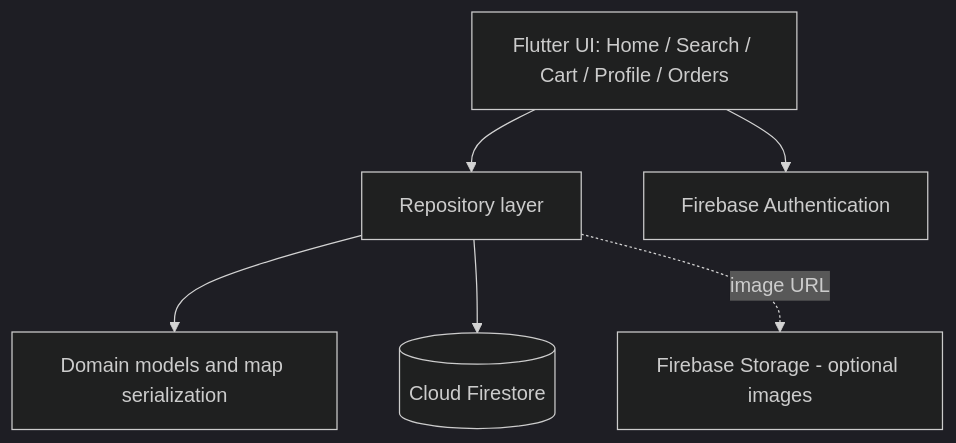
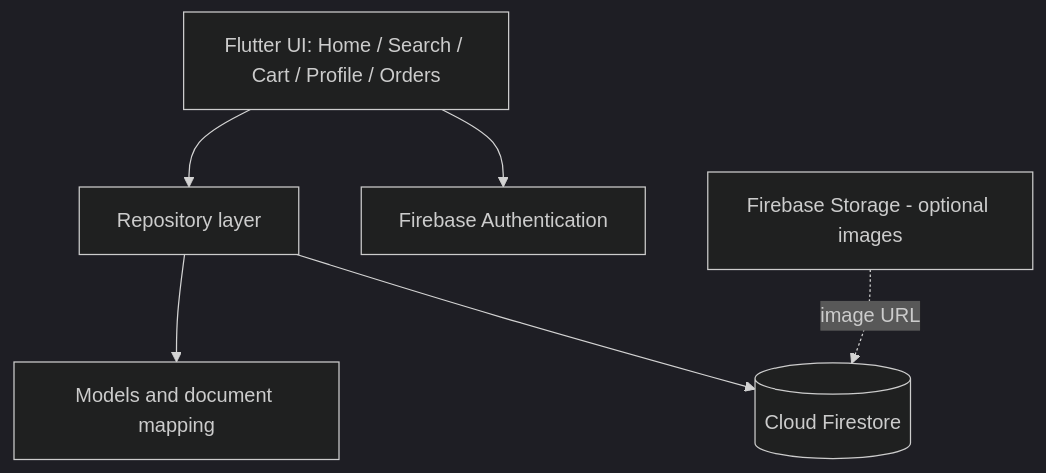
The second of 3 diagrams in docs/person1/ANALYSIS_AND_ARCHITECTURE.md (btl-mobile-phenikaa/Nhom_Hung_Khang_Khanh_Food), drawn with Mermaid (dark theme) before and after one commit. The commit also changed other lines of this file and 10 other files, not shown here.

````diff
--- a/docs/person1/ANALYSIS_AND_ARCHITECTURE.md
+++ b/docs/person1/ANALYSIS_AND_ARCHITECTURE.md
@@ -147,14 +165,14 @@
 ```mermaid
 flowchart TD
   UI[Flutter UI: Home / Search / Cart / Profile / Orders]
   REPO[Repository layer]
-  MODEL[Domain models and map serialization]
+  MODEL[Models and document mapping]
   AUTH[Firebase Authentication]
   DB[(Cloud Firestore)]
   STORAGE[Firebase Storage - optional images]
   UI --> REPO
   REPO --> MODEL
   REPO --> DB
   UI --> AUTH
-  REPO -. image URL .-> STORAGE
+  STORAGE -. image URL .-> DB
 ```
````
